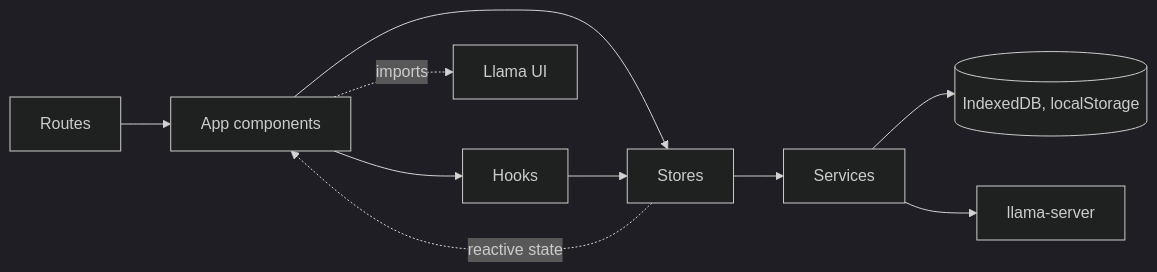
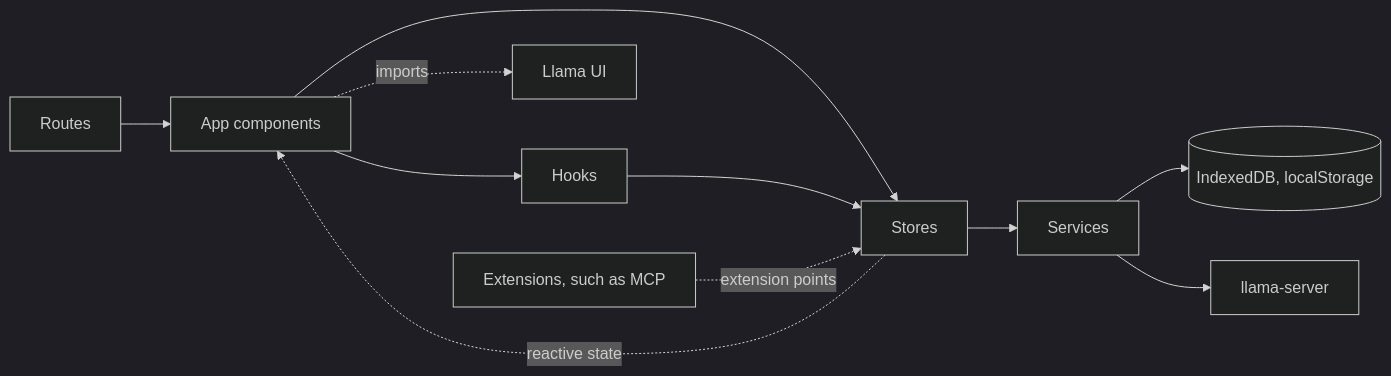
Before and after one commit to allozaur/llama.cpp: the first of 2 diagrams in ui/apps/chat/README.md, drawn with Mermaid (dark theme). The commit also changed other lines of this file and 111 other files, not shown here.

````diff
--- a/ui/apps/chat/README.md
+++ b/ui/apps/chat/README.md
@@ -99,12 +100,13 @@
 ```mermaid
 flowchart LR
     Routes --> Components["App components"]
     Components --> Hooks
     Components --> Stores
     Hooks --> Stores
     Stores --> Services
     Services --> DB[("IndexedDB, localStorage")]
     Services --> API["llama-server"]
     Components -. "imports" .-> UI["Llama UI"]
+    Ext["Extensions, such as MCP"] -. "extension points" .-> Stores
     Stores -. "reactive state" .-> Components
 ```
````
